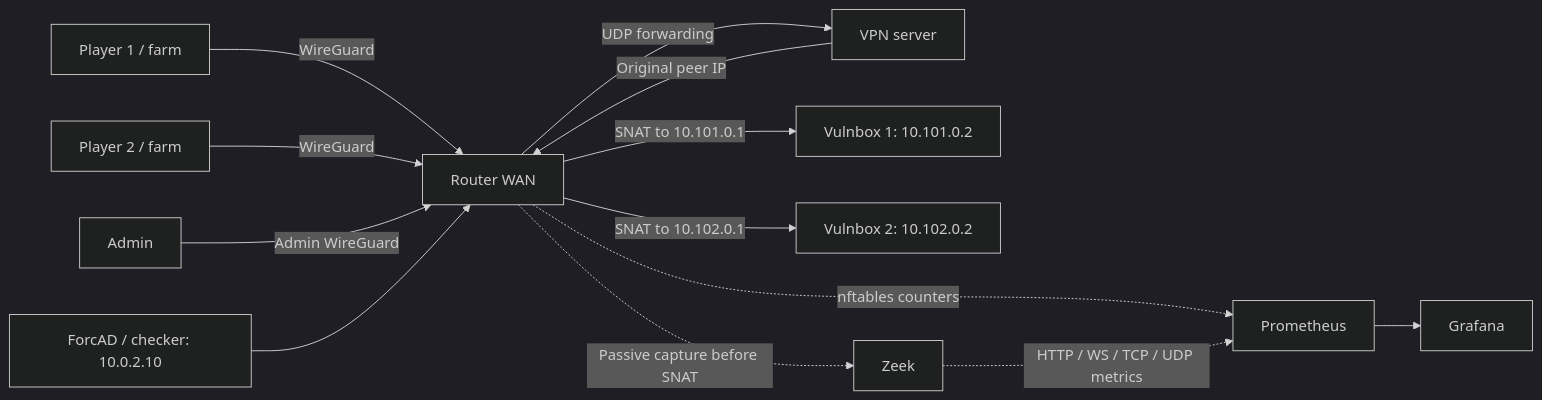
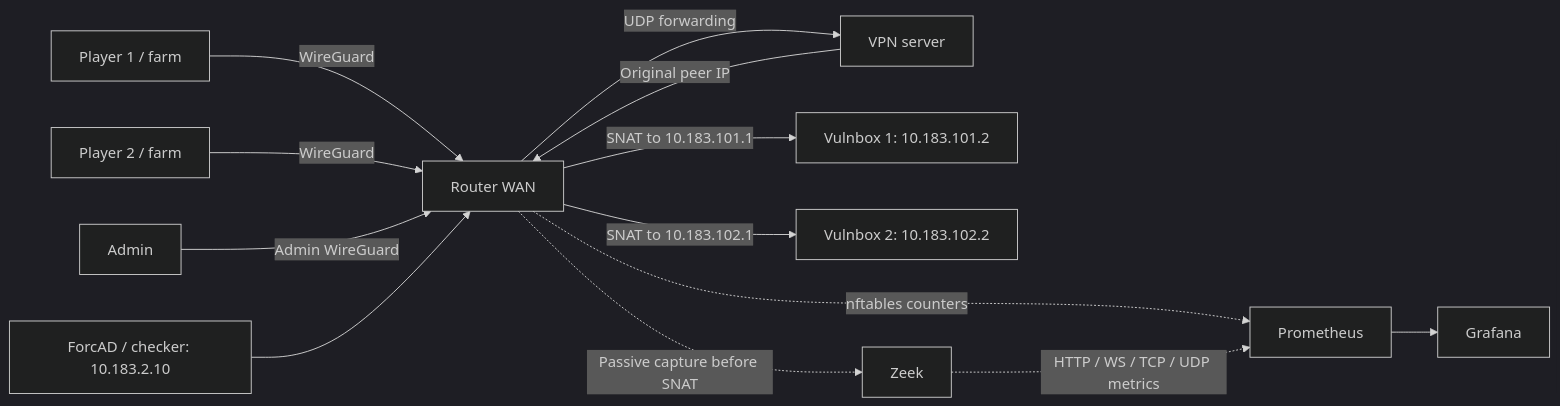
The diagram in deployment/demo/README.md (TakuyaYagam1/ForcAD), drawn with Mermaid (dark theme) before and after one commit. The commit also changed other lines of this file and 26 other files, not shown here.

````diff
--- a/deployment/demo/README.md
+++ b/deployment/demo/README.md
@@ -7,15 +7,15 @@
 ```mermaid
 flowchart LR
     P1[Player 1 / farm] -->|WireGuard| R[Router WAN]
     P2[Player 2 / farm] -->|WireGuard| R
     A[Admin] -->|Admin WireGuard| R
     R -->|UDP forwarding| VPN[VPN server]
     VPN -->|Original peer IP| R
-    R -->|SNAT to 10.101.0.1| V1[Vulnbox 1: 10.101.0.2]
-    R -->|SNAT to 10.102.0.1| V2[Vulnbox 2: 10.102.0.2]
-    F[ForcAD / checker: 10.0.2.10] --> R
+    R -->|SNAT to 10.183.101.1| V1[Vulnbox 1: 10.183.101.2]
+    R -->|SNAT to 10.183.102.1| V2[Vulnbox 2: 10.183.102.2]
+    F[ForcAD / checker: 10.183.2.10] --> R
     R -.->|nftables counters| M[Prometheus]
     R -.->|Passive capture before SNAT| Z[Zeek]
     Z -.->|HTTP / WS / TCP / UDP metrics| M
     M --> G[Grafana]
 ```
````
